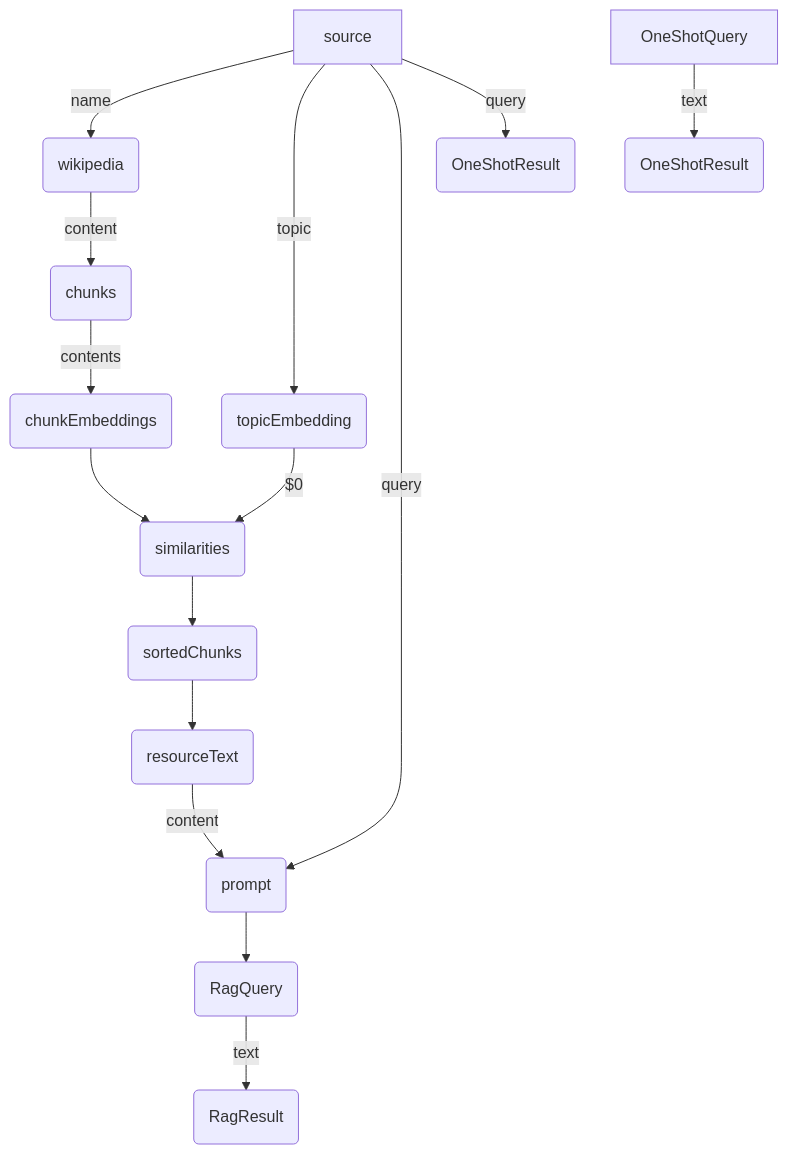
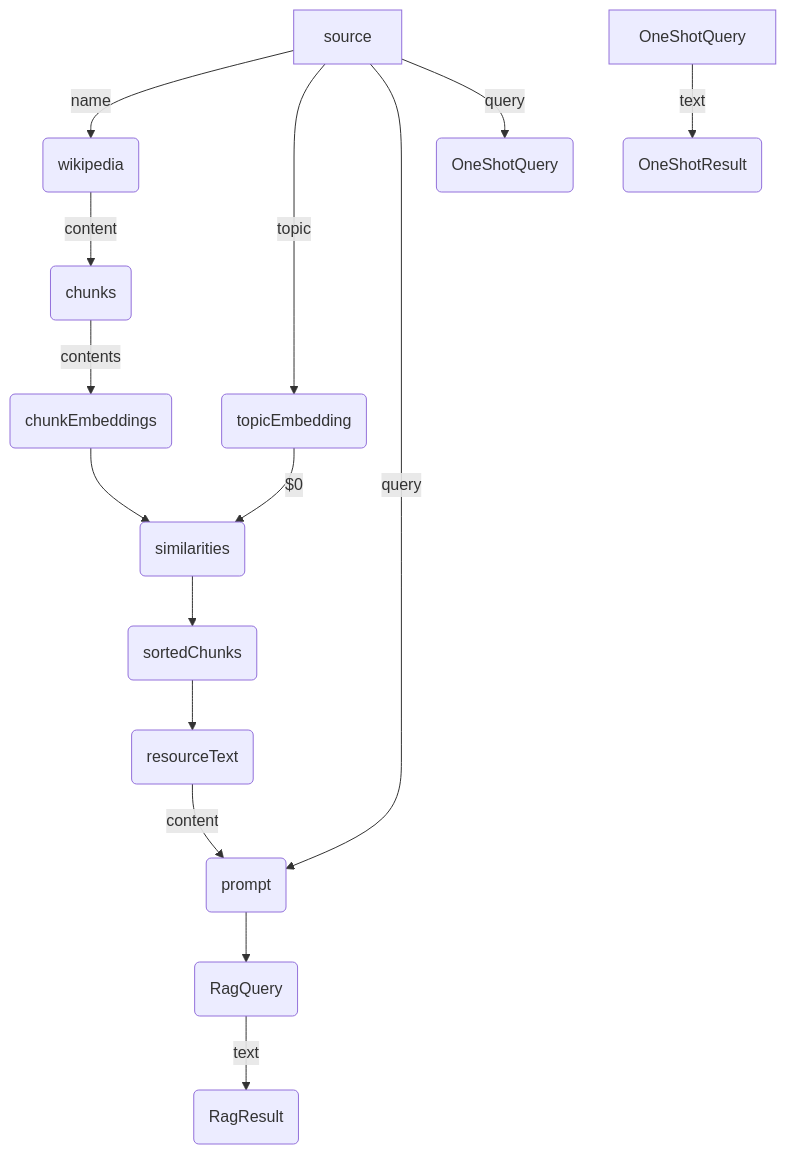
Before and after one commit to receptron/graphai: the first of 5 diagrams in packages/graphai/README.template.md, drawn with Mermaid.

Commit message:
more update

````diff
--- a/packages/graphai/README.template.md
+++ b/packages/graphai/README.template.md
@@ -21,17 +21,17 @@
 ```mermaid
 flowchart TD
  source -- name --> wikipedia(wikipedia)
  wikipedia -- content --> chunks(chunks)
  chunks -- contents --> chunkEmbeddings(chunkEmbeddings)
  source -- topic --> topicEmbedding(topicEmbedding)
  chunkEmbeddings --> similarities(similarities)
  topicEmbedding -- $0 --> similarities
  similarities --> sortedChunks(sortedChunks)
  sortedChunks --> referenceText(resourceText)
  referenceText -- content --> prompt
  source -- query --> prompt(prompt)
  prompt --> RagQuery(RagQuery)
- source -- query --> OnShotResult(OneShotResult)
+ source -- query --> OnShotQuery(OneShotQuery)
  RagQuery -- text --> RagResult(RagResult)
  OneShotQuery -- text --> OneShotResult(OneShotResult)
 ```
````
